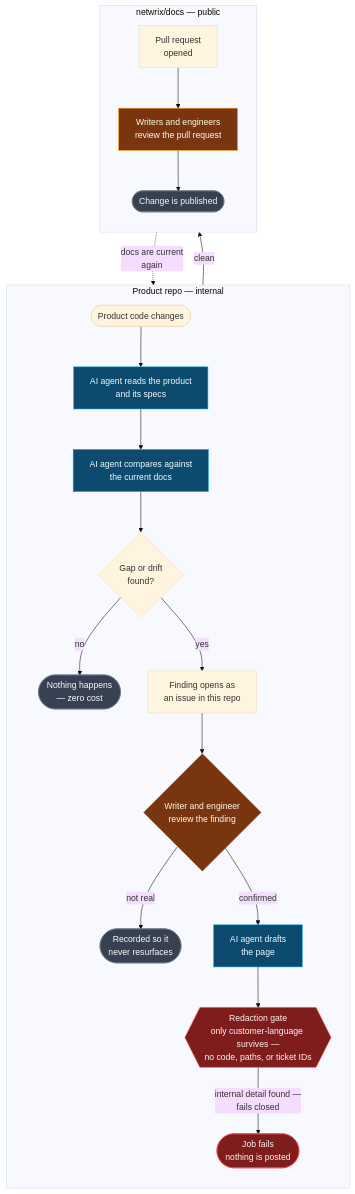
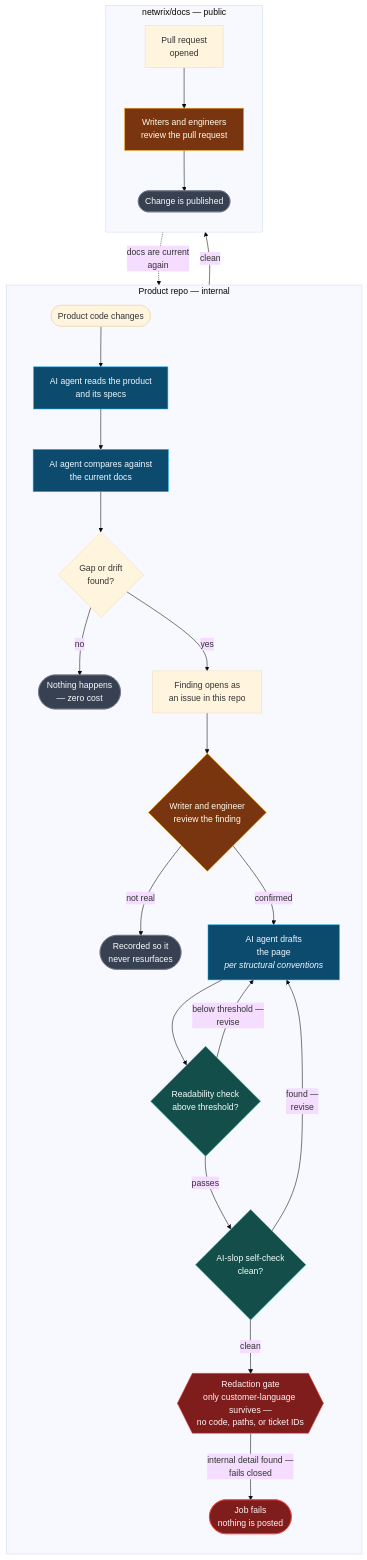
The first of 7 diagrams in docsync/xchange-article.md (netwrix/docs), drawn with Mermaid (base theme) before and after one commit. The commit also changed other lines of this file, not shown here.

Commit message:
Add drafting's self-check loop to the high-level workflow-at-a-glance diagram
Mirrors the readability-check/AI-slop-check loop already added to Diagram 2
(the split-by-cost pipeline), so the simplified top-level diagram doesn't
imply drafting hands straight to the redaction gate.

````diff
--- a/docsync/xchange-article.md
+++ b/docsync/xchange-article.md
@@ -41,36 +41,42 @@
 ```mermaid
 flowchart TB
   subgraph PR["Product repo — internal"]
     direction TB
     A(["Product code changes"]) --> B["AI agent reads the product<br/>and its specs"]
     B --> C["AI agent compares against<br/>the current docs"]
     C --> D{"Gap or drift<br/>found?"}
     D -- "no" --> E(["Nothing happens<br/>— zero cost"])
     D -- "yes" --> F["Finding opens as<br/>an issue in this repo"]
     F --> G{"Writer and engineer<br/>review the finding"}
     G -- "not real" --> H(["Recorded so it<br/>never resurfaces"])
-    G -- "confirmed" --> I["AI agent drafts<br/>the page"]
-    I --> RED{{"Redaction gate<br/>only customer-language survives —<br/>no code, paths, or ticket IDs"}}
+    G -- "confirmed" --> I["AI agent drafts<br/>the page<br/><i>per structural conventions</i>"]
+    I --> READ{"Readability check<br/>above threshold?"}
+    READ -- "below threshold —<br/>revise" --> I
+    READ -- "passes" --> SLOP{"AI-slop self-check<br/>clean?"}
+    SLOP -- "found —<br/>revise" --> I
+    SLOP -- "clean" --> RED{{"Redaction gate<br/>only customer-language survives —<br/>no code, paths, or ticket IDs"}}
     RED -- "internal detail found —<br/>fails closed" --> FAIL(["Job fails<br/>nothing is posted"])
   end
 
   subgraph DOCS["netwrix/docs — public"]
     direction TB
     PRQ["Pull request<br/>opened"]
     J["Writers and engineers<br/>review the pull request"]
     K(["Change is published"])
     PRQ --> J --> K
   end
 
   RED -- "clean" --> PRQ
   K -.->|"docs are current<br/>again"| C
 
   classDef stop fill:#374151,stroke:#6b7280,color:#f9fafb
   classDef human fill:#78350f,stroke:#f59e0b,color:#fffbeb
   classDef ai fill:#0c4a6e,stroke:#0ea5e9,color:#f0f9ff
   classDef gate fill:#7f1d1d,stroke:#ef4444,color:#fef2f2
+  classDef check fill:#134e4a,stroke:#14b8a6,color:#f0fdfa
   class E,H,K stop
   class G,J human
   class B,C,I ai
   class RED,FAIL gate
+  class READ,SLOP check
 ```
````
